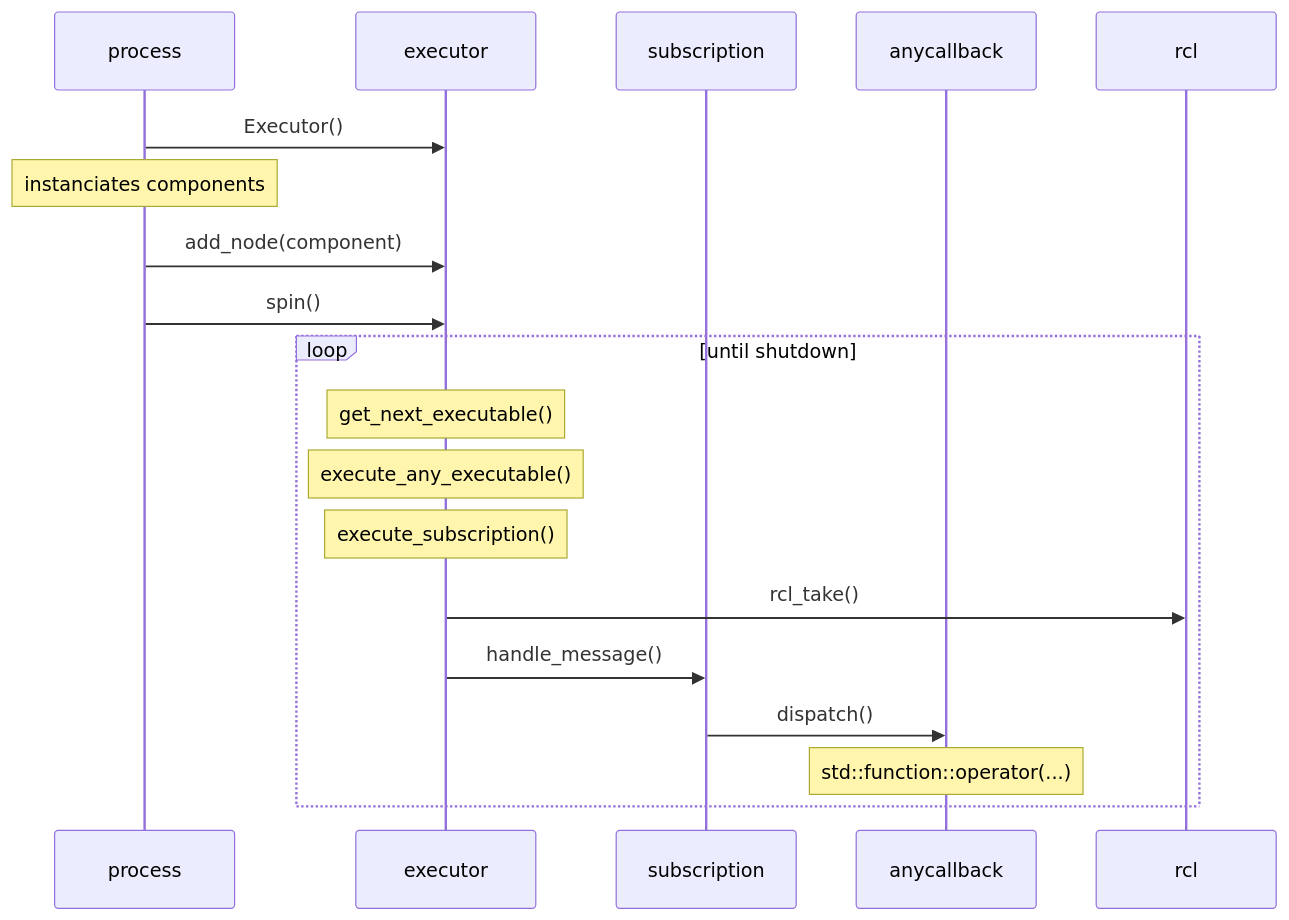
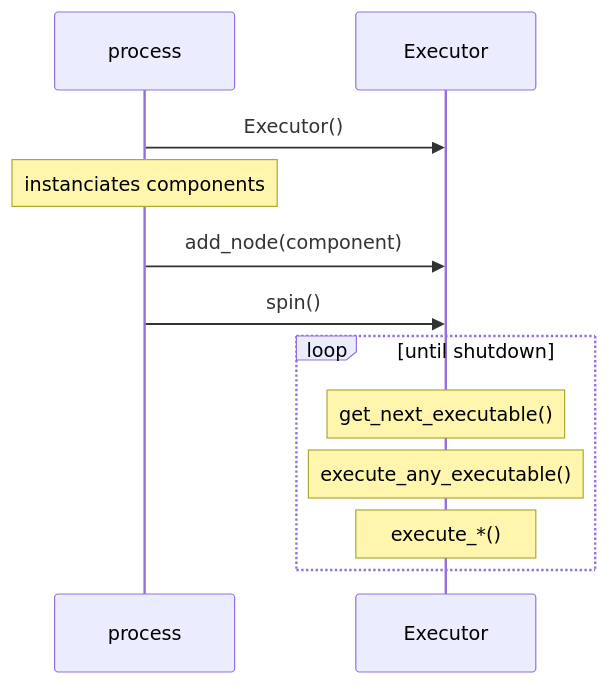
Before and after one commit to ros2/ros2_tracing: the fifth of 6 diagrams in doc/ros_2.md, drawn with Mermaid. The commit also changed other lines of this file, not shown here.

Commit message:
Split executors and (subscription) callbacks

````diff
--- a/doc/ros_2.md
+++ b/doc/ros_2.md
@@ -128,22 +121,15 @@
 ```mermaid
 sequenceDiagram
     participant process
-    participant executor
-    participant subscription
-    participant anycallback
-    participant rcl
+    participant Executor
 
-    process->>executor: Executor()
+    process->>Executor: Executor()
     Note over process: instanciates components
-    process->>executor: add_node(component)
-    process->>executor: spin()
+    process->>Executor: add_node(component)
+    process->>Executor: spin()
     loop until shutdown
-        Note over executor: get_next_executable()
-        Note over executor: execute_any_executable()
-        Note over executor: execute_subscription()
-        executor->>rcl: rcl_take()
-        executor->>subscription: handle_message()
-        subscription->>anycallback: dispatch()
-        Note over anycallback: std::function::operator(...)
+        Note over Executor: get_next_executable()
+        Note over Executor: execute_any_executable()
+        Note over Executor: execute_*()
     end
 ```
````
